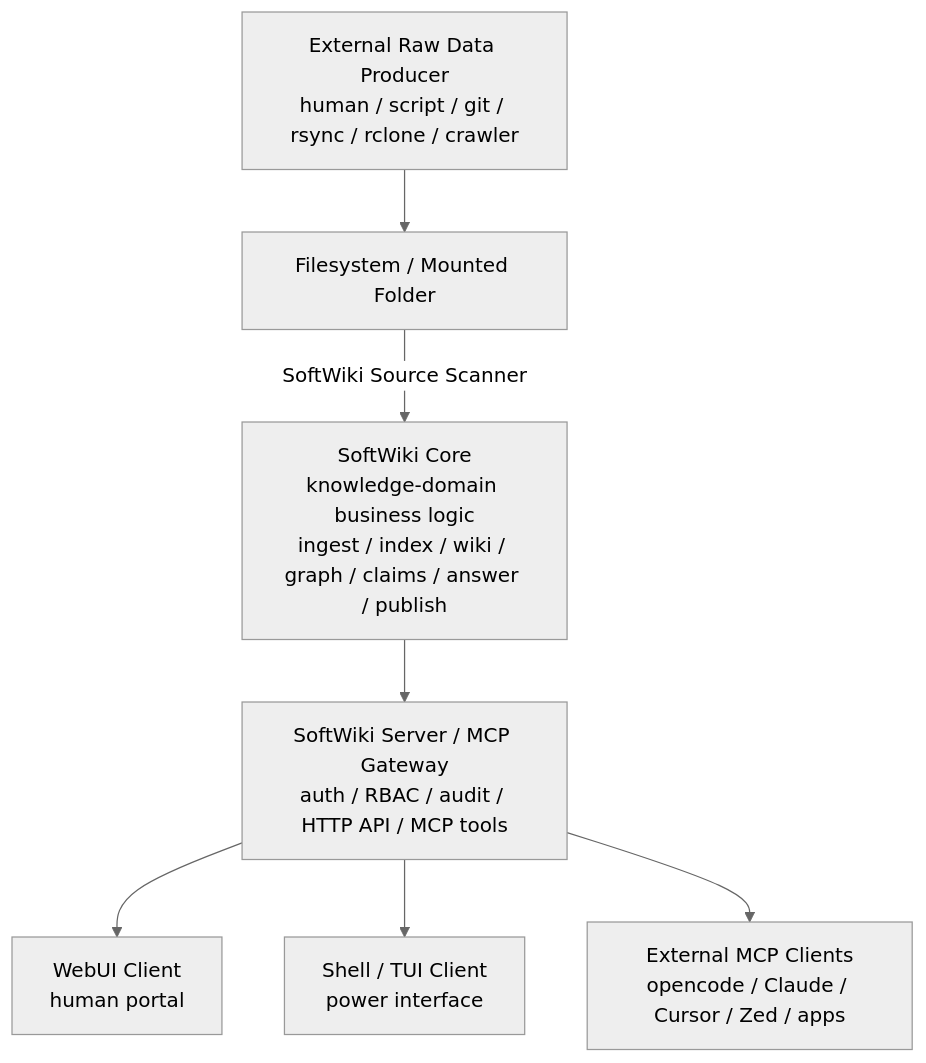
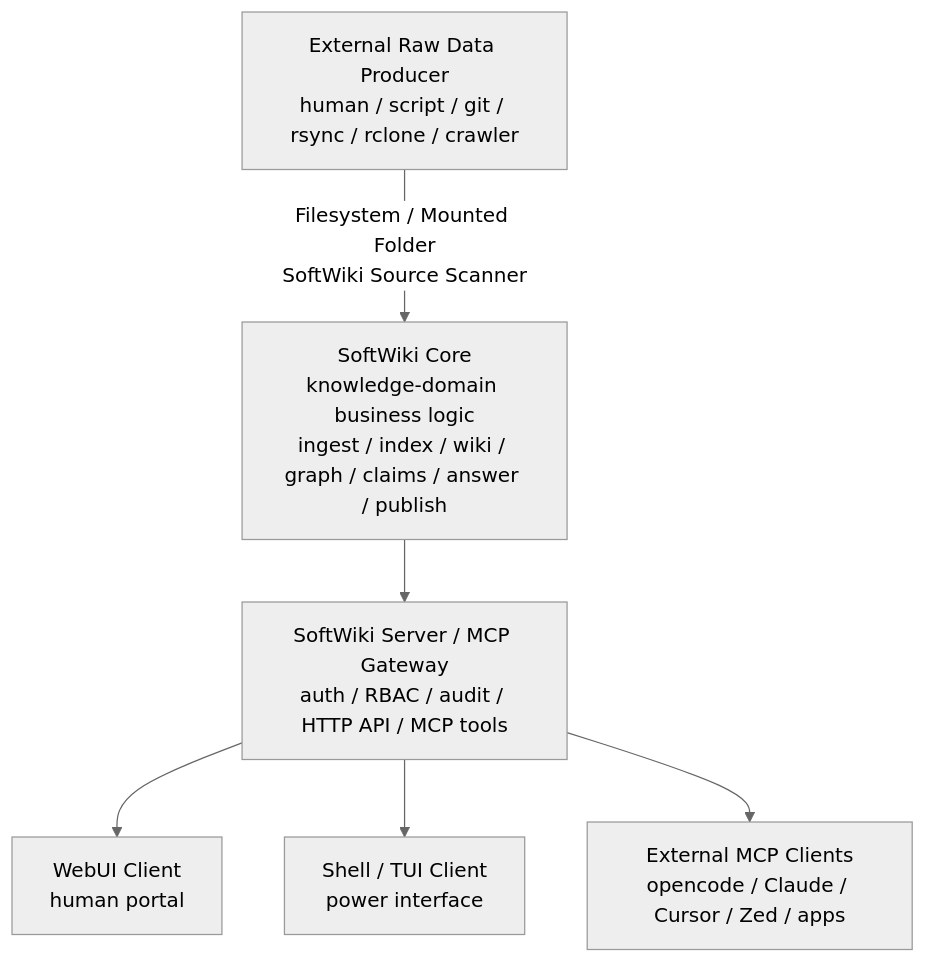
The diagram in docs/application-system.md (fayememe/softwiki), drawn with Mermaid (neutral theme) before and after one commit.

Commit message:
FS node -> edge label

````diff
--- a/docs/application-system.md
+++ b/docs/application-system.md
@@ -129,9 +129,8 @@
 ```mermaid
 graph TD
-    Producer["External Raw Data Producer<br/>human / script / git / rsync / rclone / crawler"] --> FS["Filesystem / Mounted Folder"]
-    FS -->|SoftWiki Source Scanner| Core["SoftWiki Core<br/>knowledge-domain business logic<br/>ingest / index / wiki / graph / claims / answer / publish"]
+    Producer["External Raw Data Producer<br/>human / script / git / rsync / rclone / crawler"] -->|Filesystem / Mounted Folder<br/>SoftWiki Source Scanner| Core["SoftWiki Core<br/>knowledge-domain business logic<br/>ingest / index / wiki / graph / claims / answer / publish"]
     Core --> Gateway["SoftWiki Server / MCP Gateway<br/>auth / RBAC / audit / HTTP API / MCP tools"]
     Gateway --> WebUI["WebUI Client<br/>human portal"]
     Gateway --> Shell["Shell / TUI Client<br/>power interface"]
     Gateway --> ExtClients["External MCP Clients<br/>opencode / Claude / Cursor / Zed / apps"]
 ```
````
